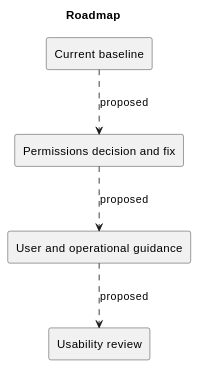
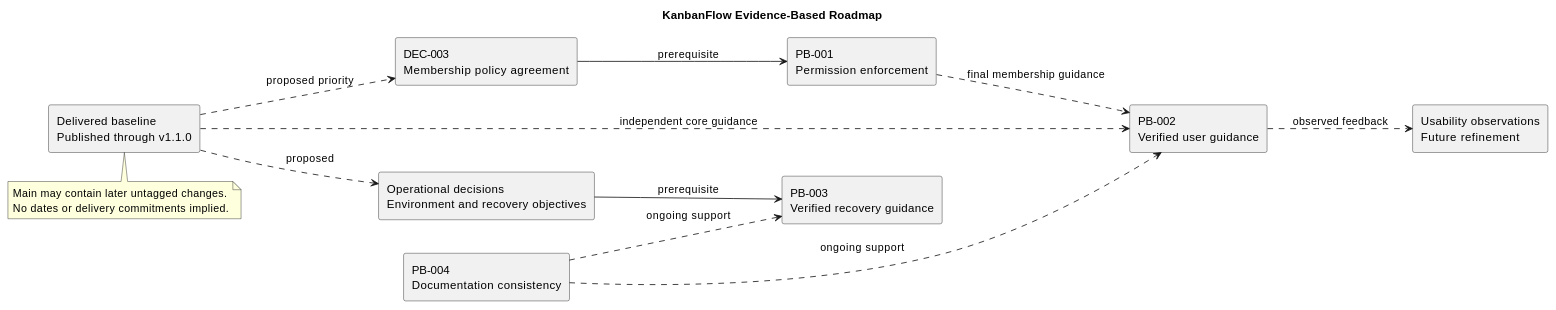
The diagram in docs/Project-Management/roadmap.md (Farhad-Valizadegan/Web-KanbanFlow), drawn with PlantUML before and after one commit. The commit also changed other lines of this file and 2 other files, not shown here.

Commit message:
docs: complete roadmap priorities and dependency evidence

````diff
--- a/docs/Project-Management/roadmap.md
+++ b/docs/Project-Management/roadmap.md
@@ -28,12 +106,27 @@
 ```plantuml
 @startuml
-title Roadmap
-rectangle "Current baseline" as B
-rectangle "Permissions decision and fix" as P
-rectangle "User and operational guidance" as G
-rectangle "Usability review" as U
-B ..> P : proposed
-P ..> G : proposed
-G ..> U : proposed
+title KanbanFlow Evidence-Based Roadmap
+left to right direction
+rectangle "Delivered baseline\nPublished through v1.1.0" as B
+rectangle "DEC-003\nMembership policy agreement" as D
+rectangle "PB-001\nPermission enforcement" as P
+rectangle "PB-002\nVerified user guidance" as U
+rectangle "Operational decisions\nEnvironment and recovery objectives" as O
+rectangle "PB-003\nVerified recovery guidance" as R
+rectangle "Usability observations\nFuture refinement" as F
+rectangle "PB-004\nDocumentation consistency" as M
+B ..> D : proposed priority
+D --> P : prerequisite
+P ..> U : final membership guidance
+B ..> U : independent core guidance
+B ..> O : proposed
+O --> R : prerequisite
+U ..> F : observed feedback
+M ..> U : ongoing support
+M ..> R : ongoing support
+note bottom of B
+Main may contain later untagged changes.
+No dates or delivery commitments implied.
+end note
 @enduml
 ```
````
